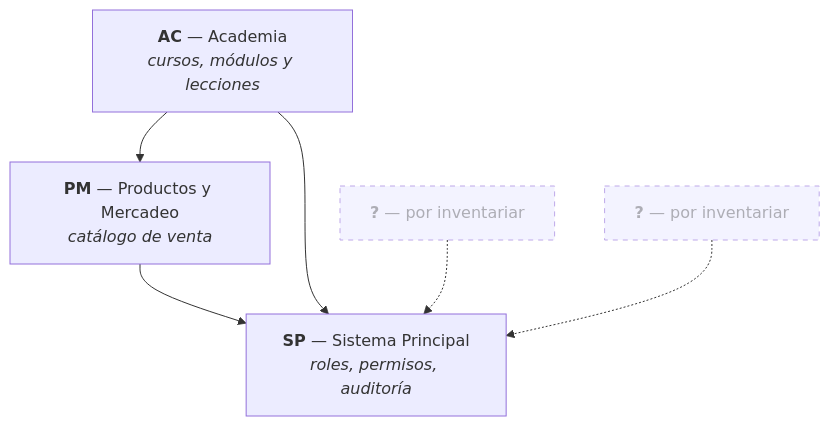
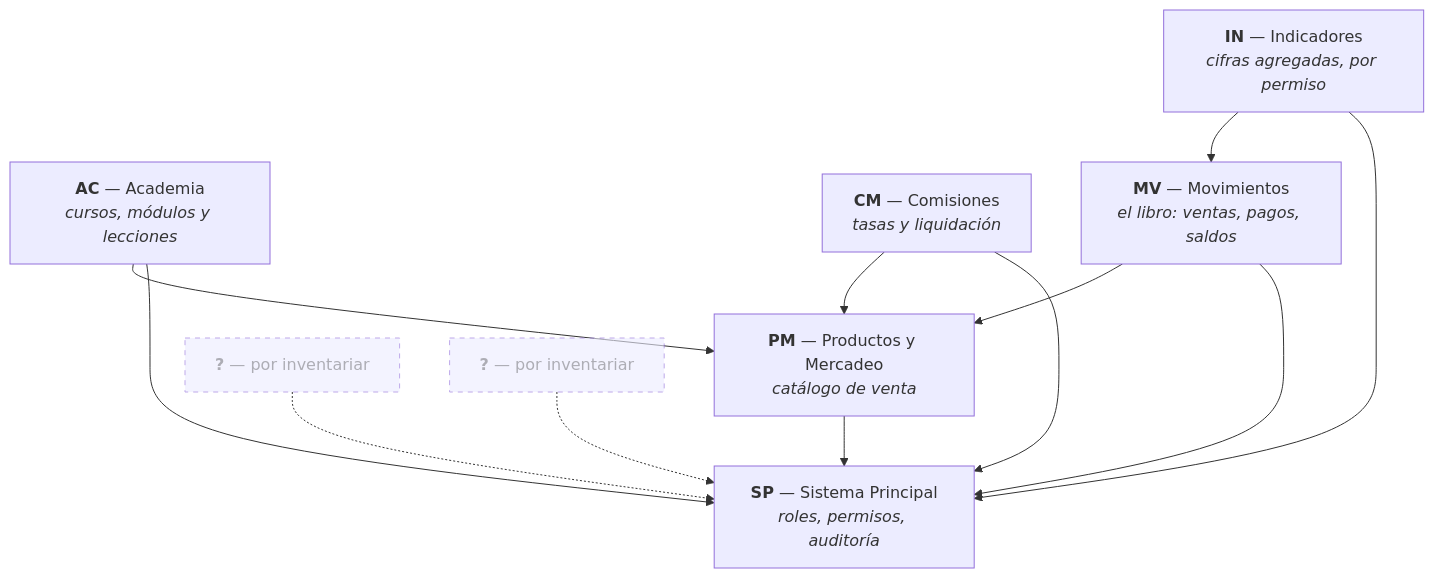
One commit to NexusPro-Dev/backend changed the diagram in docs/modules.md. Above: the diagram before and after it, drawn with Mermaid. The commit also changed other lines of this file and 4 other files, not shown here.

First line of the commit message:
docs(in): el módulo IN — Indicadores y su primera tanda, las ventas (RF-IN-001 a RF-IN-004)

````diff
--- a/docs/modules.md
+++ b/docs/modules.md
@@ -73,17 +73,26 @@
 ```mermaid
 graph TD
     SP["<b>SP</b> — Sistema Principal<br/><i>roles, permisos, auditoría</i>"]
     PM["<b>PM</b> — Productos y Mercadeo<br/><i>catálogo de venta</i>"]
     AC["<b>AC</b> — Academia<br/><i>cursos, módulos y lecciones</i>"]
+    CM["<b>CM</b> — Comisiones<br/><i>tasas y liquidación</i>"]
+    MV["<b>MV</b> — Movimientos<br/><i>el libro: ventas, pagos, saldos</i>"]
+    IN["<b>IN</b> — Indicadores<br/><i>cifras agregadas, por permiso</i>"]
 
     C1["<b>?</b> — por inventariar"]:::pend
     C2["<b>?</b> — por inventariar"]:::pend
 
     PM --> SP
     AC --> SP
     AC --> PM
+    CM --> SP
+    CM --> PM
+    MV --> SP
+    MV --> PM
+    IN --> SP
+    IN --> MV
     C1 -.-> SP
     C2 -.-> SP
 
     classDef pend stroke-dasharray: 5 5,opacity:0.6
 ```
````
